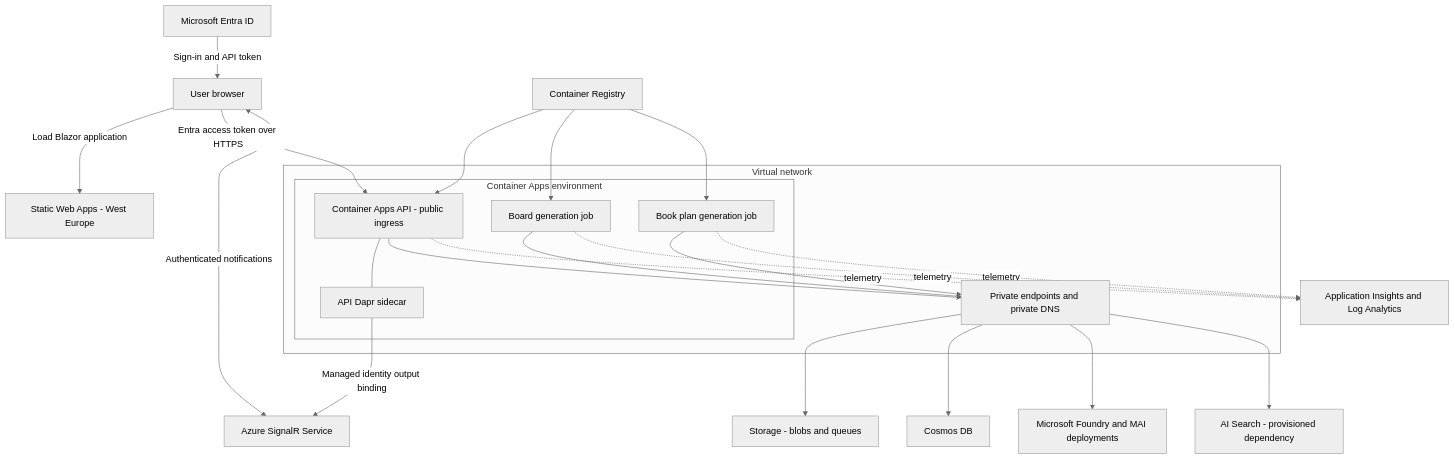
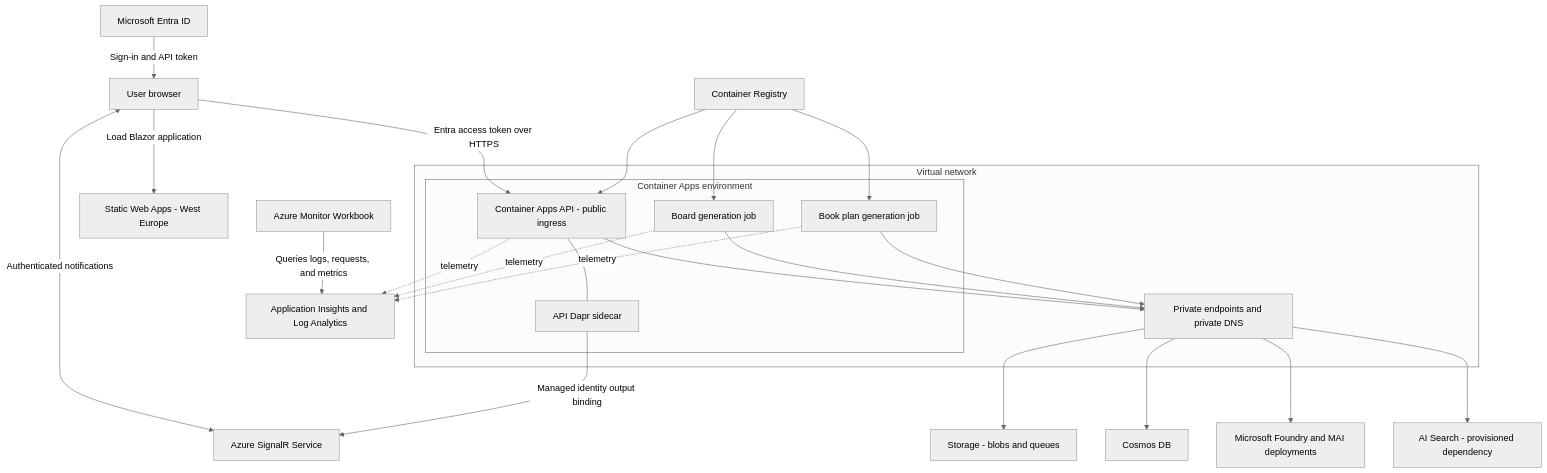
Before and after one commit to mathieumack/foundry-comics-mai: the first of 3 diagrams in docs/architecture.md, drawn with Mermaid (neutral theme). The commit also changed other lines of this file and 11 other files, not shown here.

Commit message:
Add Azure Monitor operations workbook

````diff
--- a/docs/architecture.md
+++ b/docs/architecture.md
@@ -37,31 +37,32 @@
 ```mermaid
 flowchart TB
     Browser[User browser] -->|Load Blazor application| SWA[Static Web Apps - West Europe]
     Entra[Microsoft Entra ID] -->|Sign-in and API token| Browser
     Browser -->|Entra access token over HTTPS| API[Container Apps API - public ingress]
     Browser <-->|Authenticated notifications| SignalR[Azure SignalR Service]
     subgraph VNet[Virtual network]
         subgraph CAE[Container Apps environment]
             API
             Dapr[API Dapr sidecar]
             BoardJob[Board generation job]
             PlanJob[Book plan generation job]
         end
         PE[Private endpoints and private DNS]
     end
     API --- Dapr
     API --> PE
     BoardJob --> PE
     PlanJob --> PE
     PE --> Storage[Storage - blobs and queues]
     PE --> Cosmos[Cosmos DB]
     PE --> Foundry[Microsoft Foundry and MAI deployments]
     PE --> Search[AI Search - provisioned dependency]
     Dapr -->|Managed identity output binding| SignalR
     ACR[Container Registry] --> API
     ACR --> BoardJob
     ACR --> PlanJob
     API -. telemetry .-> Monitor[Application Insights and Log Analytics]
     BoardJob -. telemetry .-> Monitor
     PlanJob -. telemetry .-> Monitor
+    Workbook[Azure Monitor Workbook] -->|Queries logs, requests, and metrics| Monitor
 ```
````
